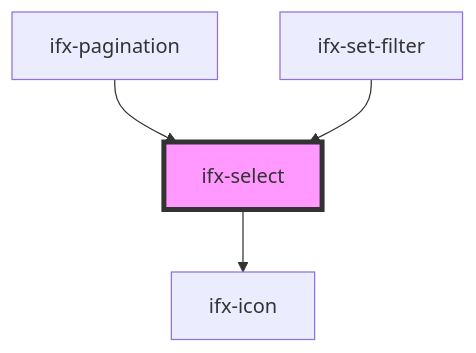
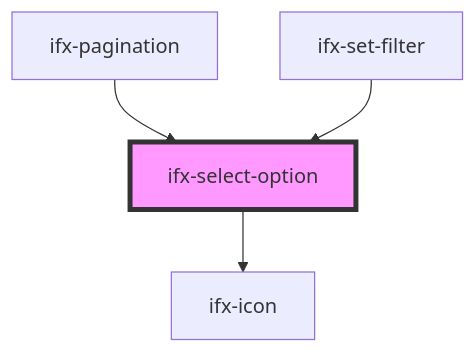
One commit to Infineon/infineon-design-system-stencil changed the diagram in packages/components/src/components/select/single-select/readme.md. Above: the diagram before and after it, drawn with Mermaid. The commit also changed other lines of this file and 39 other files, not shown here.

````diff
--- a/packages/components/src/components/select/single-select/readme.md
+++ b/packages/components/src/components/select/single-select/readme.md
@@ -371,7 +35,7 @@
 ```mermaid
 graph TD;
-  ifx-select --> ifx-icon
-  ifx-pagination --> ifx-select
-  ifx-set-filter --> ifx-select
-  style ifx-select fill:#f9f,stroke:#333,stroke-width:4px
+  ifx-select-option --> ifx-icon
+  ifx-pagination --> ifx-select-option
+  ifx-set-filter --> ifx-select-option
+  style ifx-select-option fill:#f9f,stroke:#333,stroke-width:4px
 ```
````
